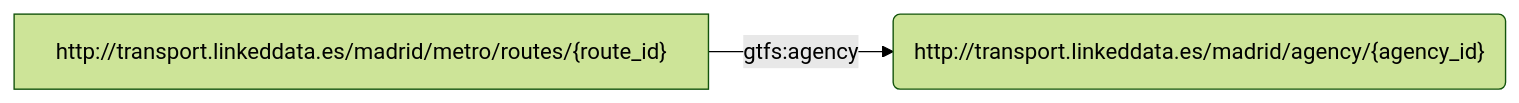
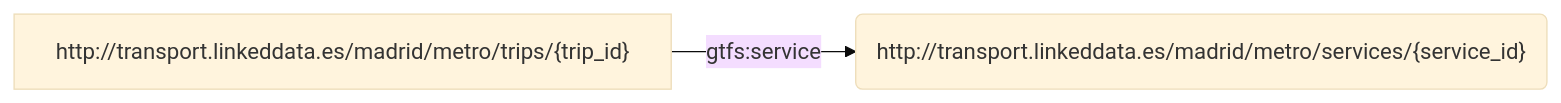
The fourth of 25 diagrams in example/example.md (oeg-upm/rmldoc), drawn with Mermaid before and after one commit. The commit also changed other lines of this file and 2 other files, not shown here.

````diff
--- a/example/example.md
+++ b/example/example.md
@@ -111,7 +127,7 @@
 ```mermaid
-%%{ init : { "theme" : "forest", "flowchart" : { "curve" : "linear" }}}%%
+%%{ init : { "theme" : "base", "flowchart" : { "curve" : "linear" }}}%%
 
 flowchart LR
-S1["http://transport.linkeddata.es/madrid/metro/routes/{route_id}"] -->|"gtfs:agency"| object1("http://transport.linkeddata.es/madrid/agency/{agency_id}")
+S1["http://transport.linkeddata.es/madrid/metro/trips/{trip_id}"] -->|"gtfs:service"| object1("http://transport.linkeddata.es/madrid/metro/services/{service_id}")
 
 ``` 
````
